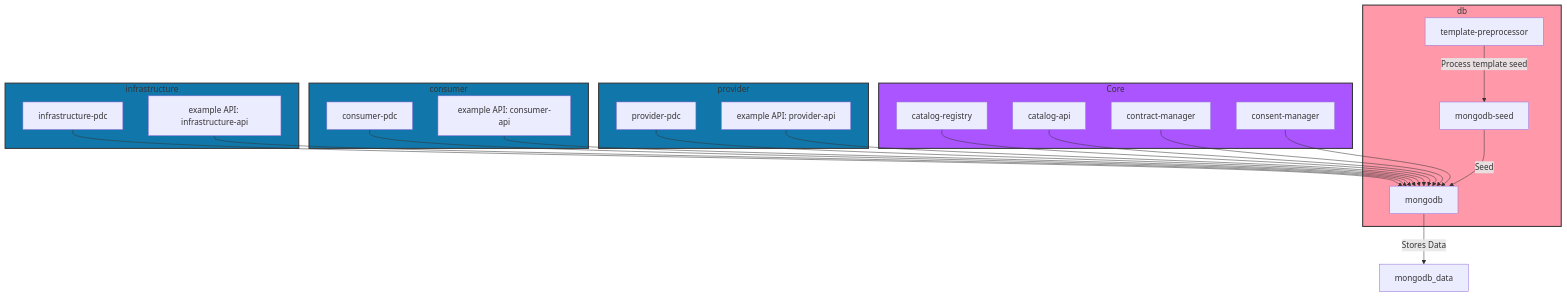
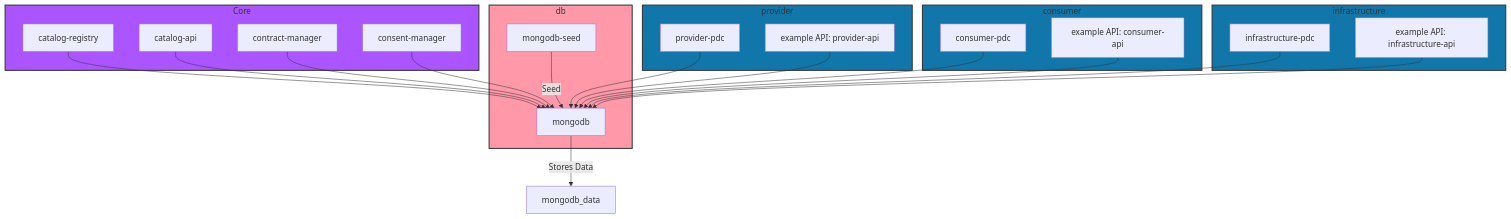
The diagram in README.md (Prometheus-X-association/ptx-docker), drawn with Mermaid before and after one commit. The commit also changed other lines of this file and 7 other files, not shown here.

Commit message:
feat: added infrastructureservices seed as template for URI feat: added check configuration on CATALOG_API_URL feat: removed template-preprocessor feat: added stage in mongodb-seed feat: added import in prepare-seed.sh script feat: updated README.md

````diff
--- a/README.md
+++ b/README.md
@@ -39,64 +39,61 @@
 ```mermaid
 graph TD
 ;
     B[mongodb]
     C[mongodb-seed]
     D[catalog-registry]
     E[catalog-api]
     F[contract-manager]
     G[consent-manager]
     H[provider-pdc]
     I[consumer-pdc]
     J[example API: provider-api]
-    K[template-preprocessor]
     L[example API: consumer-api]
     N[infrastructure-pdc]
     M[example API: infrastructure-api]
 
     subgraph db
         B
         C
-        K
     end
 
     subgraph Core
         D
         E
         F
         G
     end
 
     subgraph provider
         H
         J
     end
 
     subgraph consumer
         I
         L
     end
 
     subgraph infrastructure
         M
         N
     end
 
     B -->|Stores Data| O[mongodb_data]
     C -->|Seed| B
-    K -->|Process template seed| C
     D --> B
     E --> B
     F --> B
     G --> B
     H --> B
     I --> B
     J --> B
     L --> B
     N --> B
     M --> B
     style db fill: #f9a, stroke: #333, stroke-width: 2px;
     style Core fill: #a5f, stroke: #333, stroke-width: 2px;
     style provider fill: #17a, stroke: #333, stroke-width: 2px;
     style consumer fill: #17a, stroke: #333, stroke-width: 2px;
     style infrastructure fill: #17a, stroke: #333, stroke-width: 2px;
 ```
````
